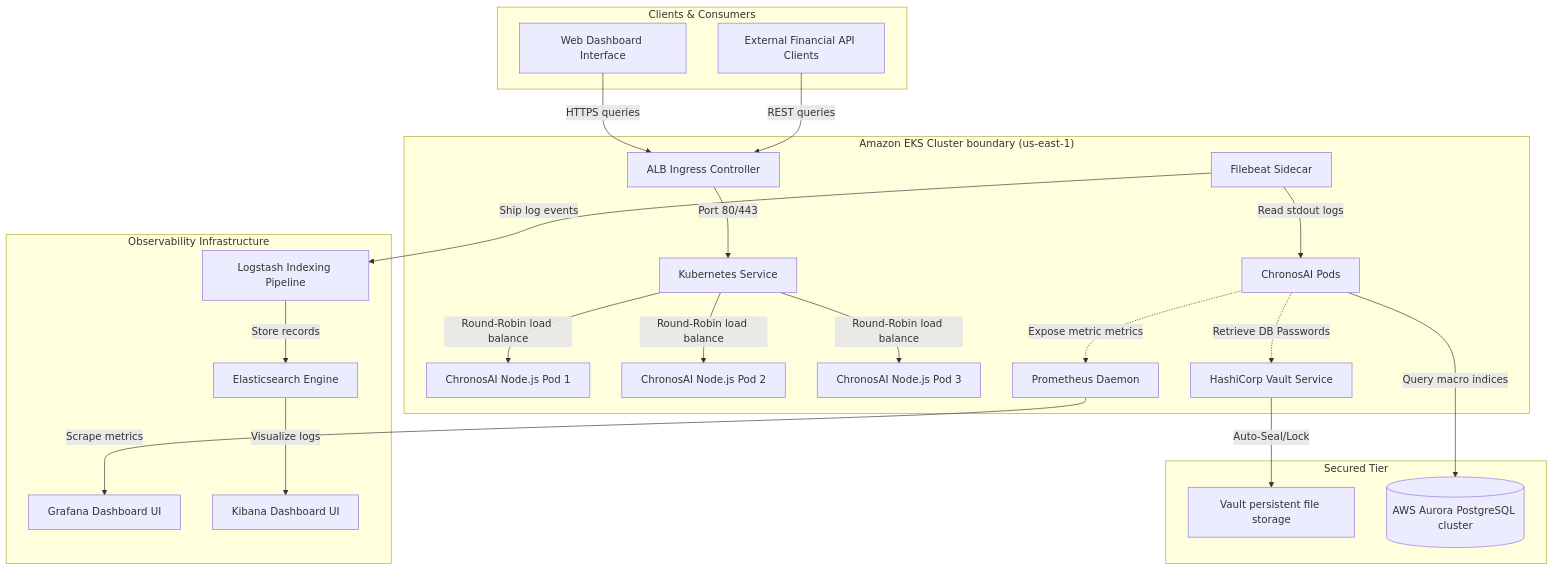
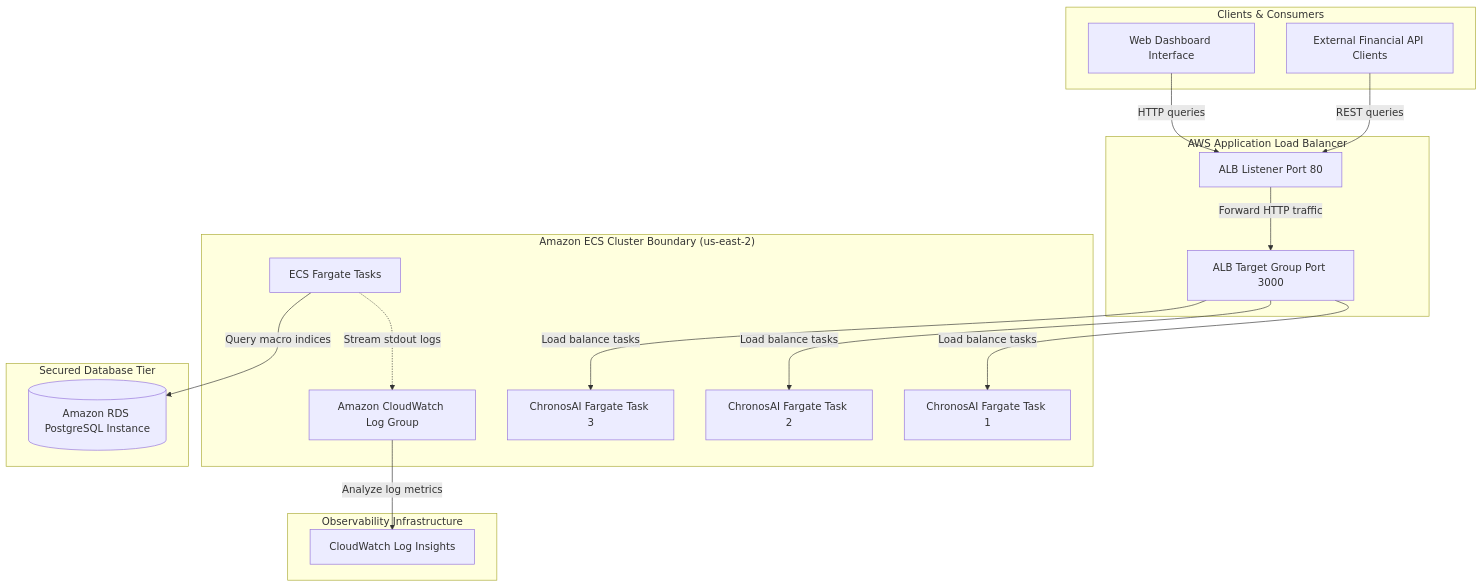
Before and after one commit to vijaykarthiktk/chronosai: the diagram in docs/architecture_diagram.md, drawn with Mermaid. The commit also changed other lines of this file and 10 other files, not shown here.

Commit message:
refactor: migrate infrastructure from EKS to ECS Fargate and configure RDS PostgreSQL database

````diff
--- a/docs/architecture_diagram.md
+++ b/docs/architecture_diagram.md
@@ -9,34 +9,30 @@
 ```mermaid
 graph TB
     subgraph Users ["Clients & Consumers"]
         Fnt[Web Dashboard Interface]
         API[External Financial API Clients]
     end
 
-    subgraph K8s ["Amazon EKS Cluster boundary (us-east-1)"]
-        ING[ALB Ingress Controller] -->|Port 80/443| SVC[Kubernetes Service]
-        SVC -->|Round-Robin load balance| POD1[ChronosAI Node.js Pod 1]
-        SVC -->|Round-Robin load balance| POD2[ChronosAI Node.js Pod 2]
-        SVC -->|Round-Robin load balance| POD3[ChronosAI Node.js Pod 3]
-        
-        POD_ALL[ChronosAI Pods] -.->|Retrieve DB Passwords| Vault[HashiCorp Vault Service]
-        POD_ALL -.->|Expose metric metrics| PromScrap[Prometheus Daemon]
-        
-        Filebeat[Filebeat Sidecar] -->|Read stdout logs| POD_ALL
+    subgraph ALB_Boundary ["AWS Application Load Balancer"]
+        ALB[ALB Listener Port 80] -->|Forward HTTP traffic| TG[ALB Target Group Port 3000]
     end
 
-    subgraph Security_Databases ["Secured Tier"]
-        Vault -->|Auto-Seal/Lock| VaultStorage[Vault persistent file storage]
-        POD_ALL -->|Query macro indices| PG[(AWS Aurora PostgreSQL cluster)]
+    subgraph ECS_Fargate ["Amazon ECS Cluster Boundary (us-east-2)"]
+        TG -->|Load balance tasks| Task1[ChronosAI Fargate Task 1]
+        TG -->|Load balance tasks| Task2[ChronosAI Fargate Task 2]
+        TG -->|Load balance tasks| Task3[ChronosAI Fargate Task 3]
+        
+        Task_ALL[ECS Fargate Tasks] -.->|Stream stdout logs| CW[Amazon CloudWatch Log Group]
+    end
+
+    subgraph Security_Databases ["Secured Database Tier"]
+        Task_ALL -->|Query macro indices| RDS[(Amazon RDS PostgreSQL Instance)]
     end
 
     subgraph Telemetry ["Observability Infrastructure"]
-        PromScrap -->|Scrape metrics| Grafana[Grafana Dashboard UI]
-        Filebeat -->|Ship log events| Logstash[Logstash Indexing Pipeline]
-        Logstash -->|Store records| ES[Elasticsearch Engine]
-        ES -->|Visualize logs| Kibana[Kibana Dashboard UI]
+        CW -->|Analyze log metrics| CWMetrics[CloudWatch Log Insights]
     end
 
-    Fnt -->|HTTPS queries| ING
-    API -->|REST queries| ING
+    Fnt -->|HTTP queries| ALB
+    API -->|REST queries| ALB
 ```
````
